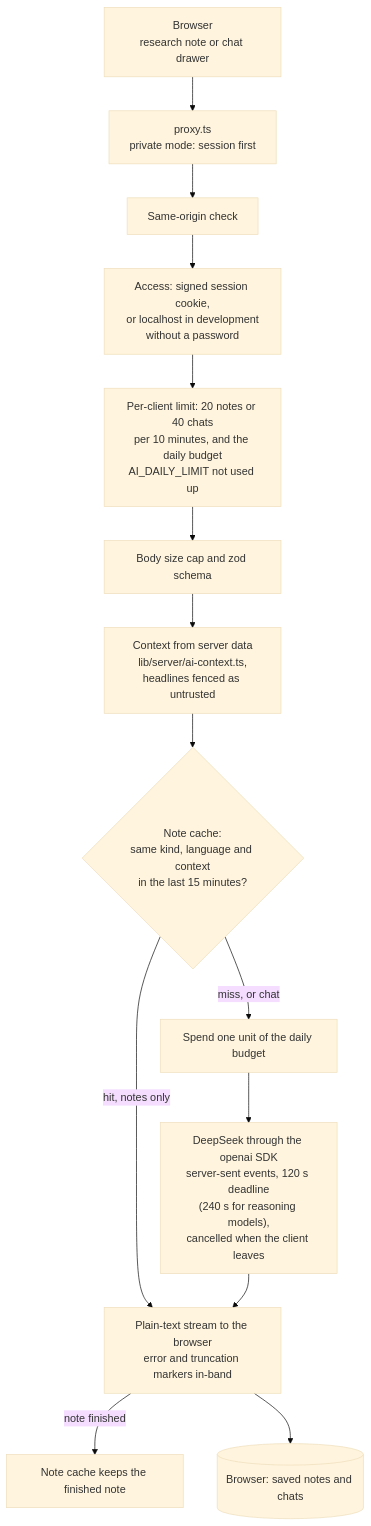
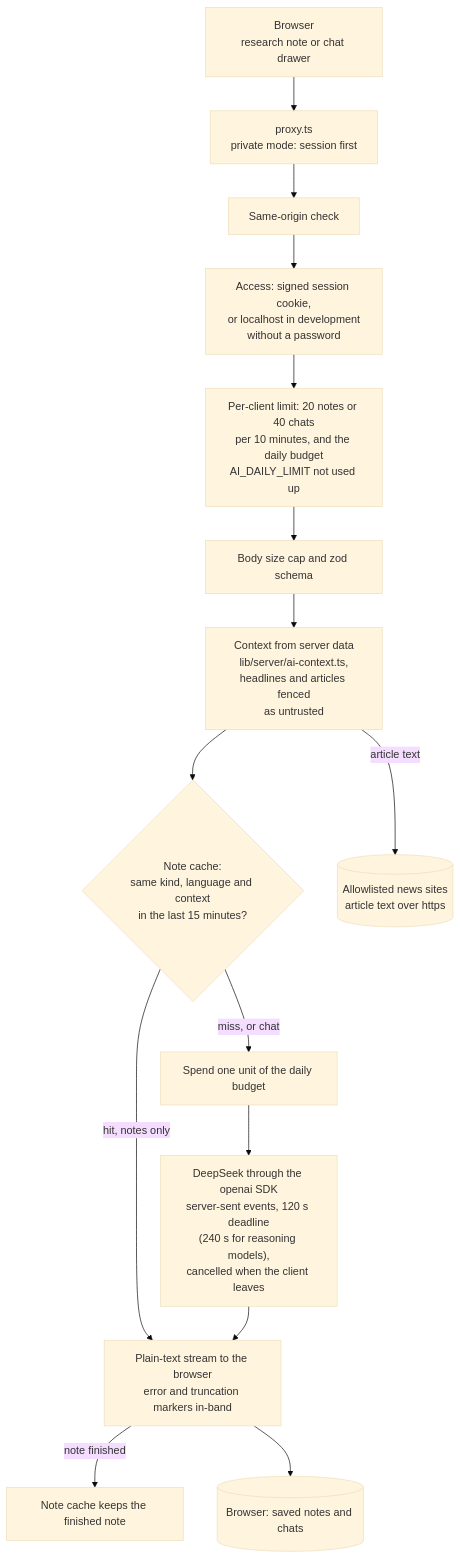
Before and after one commit to DestRoyOvO/invest-app: the second of 3 diagrams in README.md, drawn with Mermaid (base theme). The commit also changed other lines of this file and 2 other files, not shown here.

````diff
--- a/README.md
+++ b/README.md
@@ -180,21 +180,23 @@
 ```mermaid
 flowchart TD
   client["Browser<br/>research note or chat drawer"]
   proxy["proxy.ts<br/>private mode: session first"]
   origin["Same-origin check"]
   access["Access: signed session cookie,<br/>or localhost in development<br/>without a password"]
   limits["Per-client limit: 20 notes or 40 chats<br/>per 10 minutes, and the daily budget<br/>AI_DAILY_LIMIT not used up"]
   body["Body size cap and zod schema"]
-  context["Context from server data<br/>lib/server/ai-context.ts,<br/>headlines fenced as untrusted"]
+  context["Context from server data<br/>lib/server/ai-context.ts,<br/>headlines and articles fenced<br/>as untrusted"]
   cache{"Note cache:<br/>same kind, language and context<br/>in the last 15 minutes?"}
   budget["Spend one unit of the daily budget"]
   model["DeepSeek through the openai SDK<br/>server-sent events, 120 s deadline<br/>(240 s for reasoning models),<br/>cancelled when the client leaves"]
   stream["Plain-text stream to the browser<br/>error and truncation markers in-band"]
   store["Note cache keeps the finished note"]
   saved[("Browser: saved notes and chats")]
+  news[("Allowlisted news sites<br/>article text over https")]
   client --> proxy --> origin --> access --> limits --> body --> context --> cache
   cache -- "hit, notes only" --> stream
   cache -- "miss, or chat" --> budget --> model --> stream
   stream -- "note finished" --> store
   stream --> saved
+  context -- "article text" --> news
 ```
````
